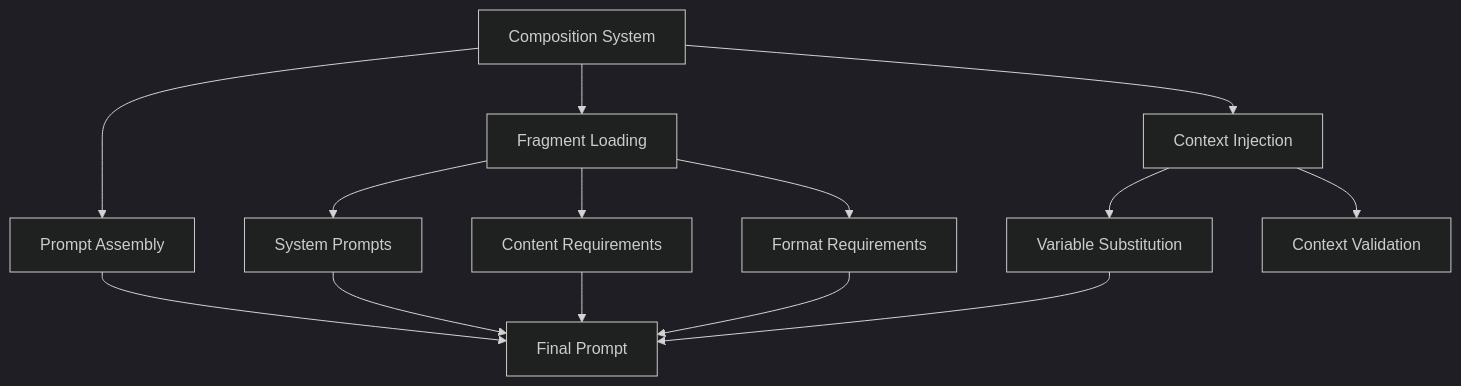
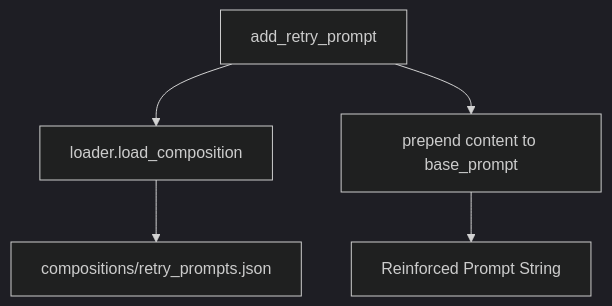
One commit to docxology/template changed the diagram in infrastructure/llm/prompts/compositions/README.md. Above: the diagram before and after it, drawn with Mermaid (dark theme). The commit also changed other lines of this file and 952 other files, not shown here.

````diff
--- a/infrastructure/llm/prompts/compositions/README.md
+++ b/infrastructure/llm/prompts/compositions/README.md
@@ -165,19 +107,7 @@
 ```mermaid
 graph TD
-    A[Composition System] --> B[Fragment Loading]
-    A --> C[Context Injection]
-    A --> D[Prompt Assembly]
-
-    B --> E[System Prompts]
-    B --> F[Content Requirements]
-    B --> G[Format Requirements]
-
-    C --> H[Variable Substitution]
-    C --> I[Context Validation]
-
-    D --> J[Final Prompt]
-    E --> J
-    F --> J
-    G --> J
-    H --> J
+    A[add_retry_prompt] --> B[loader.load_composition]
+    B --> C[compositions/retry_prompts.json]
+    A --> D[prepend content to base_prompt]
+    D --> E[Reinforced Prompt String]
 ```
````
